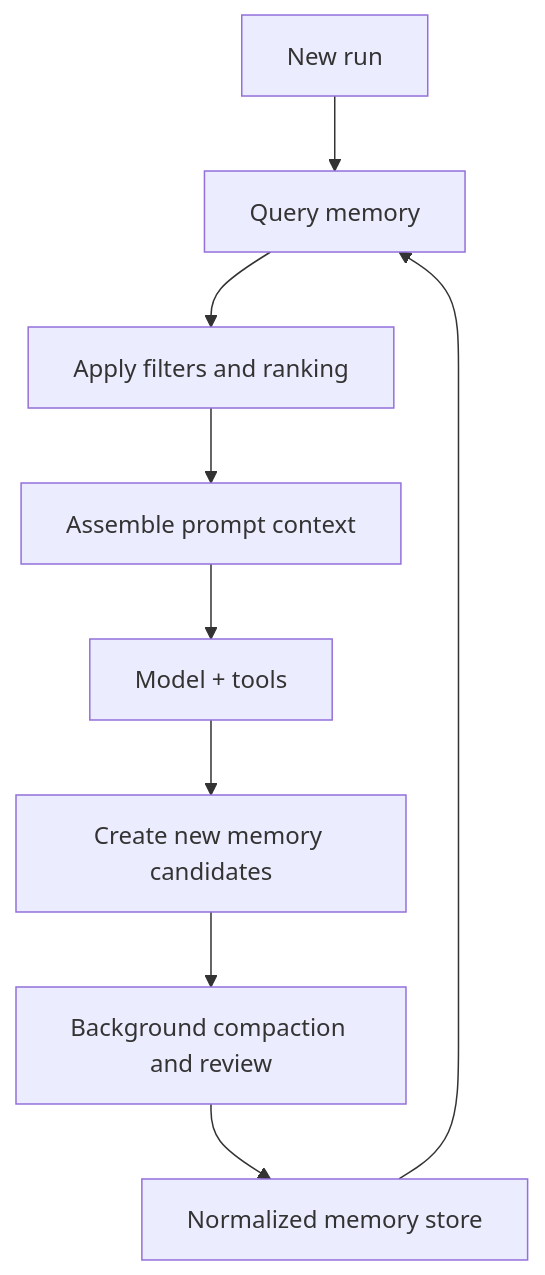
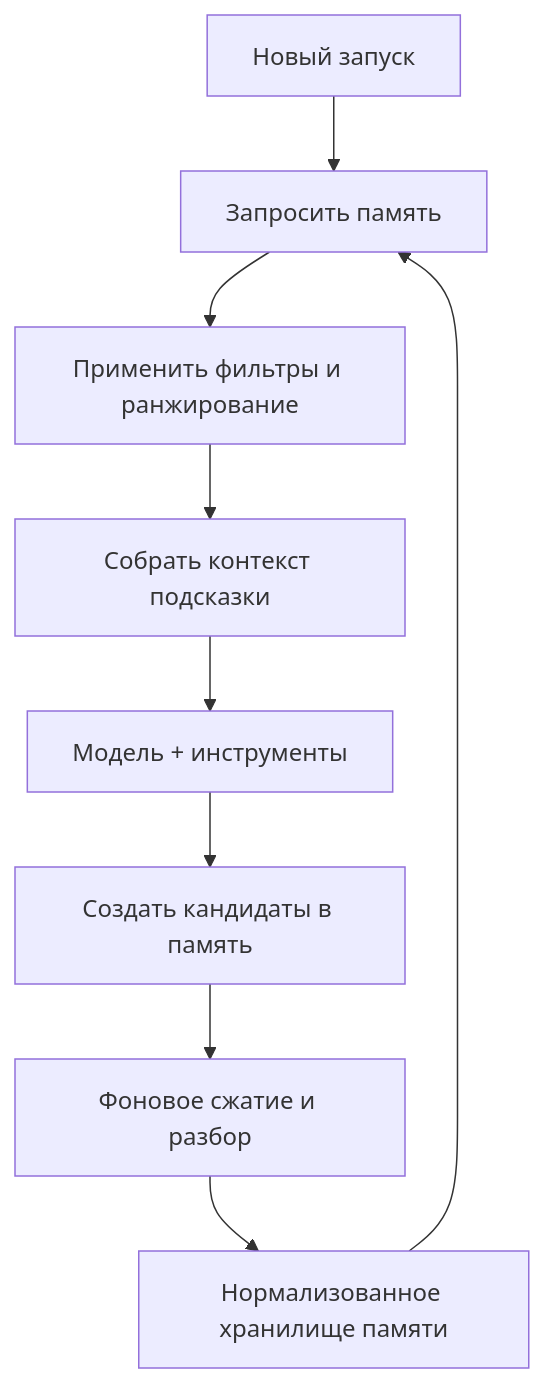
One commit to agent-axiom/agent-arch changed the diagram in docs/book/part-iii/chapter-7.md. Above: the diagram before and after it, drawn with Mermaid. The commit also changed other lines of this file, not shown here.

````diff
--- a/docs/book/part-iii/chapter-7.md
+++ b/docs/book/part-iii/chapter-7.md
@@ -102,11 +102,11 @@
 ``` mermaid
 flowchart TD
-    A["New run"] --> B["Query memory"]
-    B --> C["Apply filters and ranking"]
-    C --> D["Assemble prompt context"]
-    D --> E["Model + tools"]
-    E --> F["Create new memory candidates"]
-    F --> G["Background compaction and review"]
-    G --> H["Normalized memory store"]
+    A["Новый запуск"] --> B["Запросить память"]
+    B --> C["Применить фильтры и ранжирование"]
+    C --> D["Собрать контекст подсказки"]
+    D --> E["Модель + инструменты"]
+    E --> F["Создать кандидаты в память"]
+    F --> G["Фоновое сжатие и разбор"]
+    G --> H["Нормализованное хранилище памяти"]
     H --> B
 ```
````
